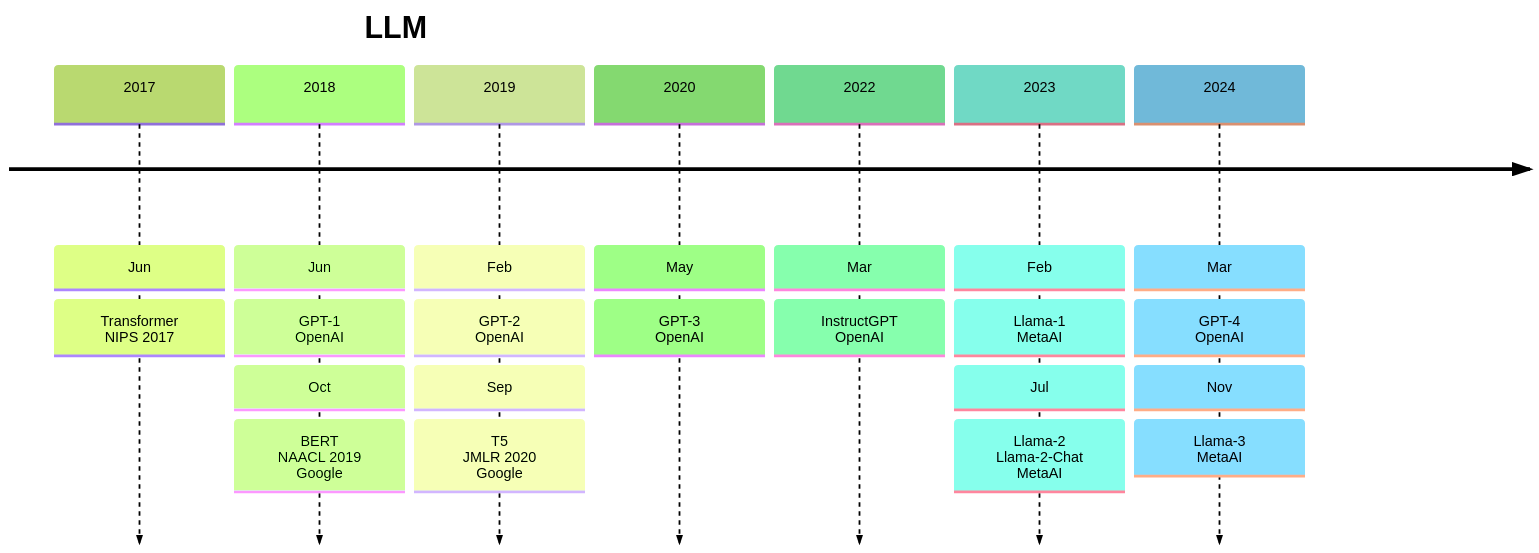
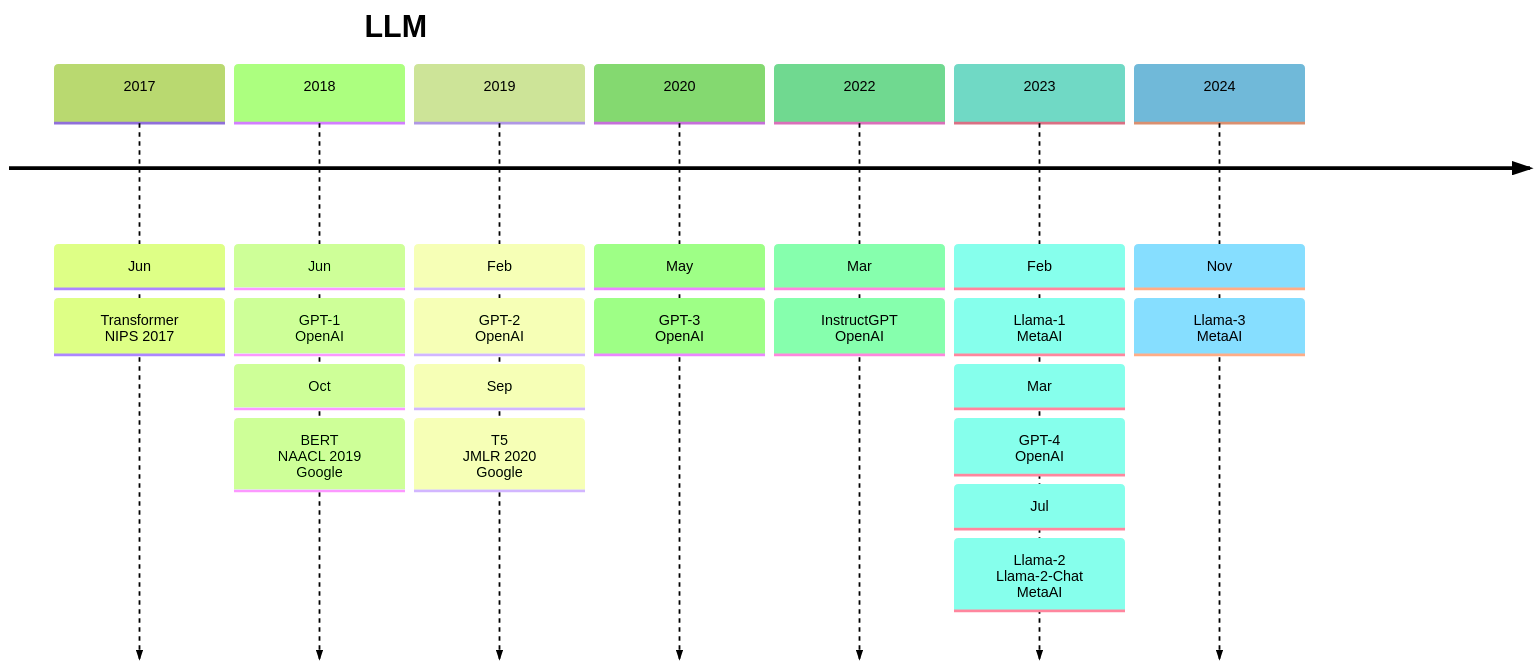
The first of 4 diagrams in Base_Model/LLM/analyse.md (Elephant-King9/Paper), drawn with Mermaid (forest theme) before and after one commit. The commit also changed other lines of this file and 6 other files, not shown here.

````diff
--- a/Base_Model/LLM/analyse.md
+++ b/Base_Model/LLM/analyse.md
@@ -5,26 +5,26 @@
 ```mermaid
 timeline
     title LLM
     2017 : Jun
     		 : Transformer<br>NIPS 2017
     2018 : Jun
     		 : GPT-1<br>OpenAI
     		 : Oct
     		 : BERT<br>NAACL 2019<br>Google
     2019 : Feb
     		 : GPT-2<br>OpenAI
     		 : Sep
     		 : T5<br>JMLR 2020<br>Google
     2020 : May
     		 : GPT-3<br>OpenAI
     2022 : Mar
     		 : InstructGPT<br>OpenAI
     2023 : Feb
     		 : Llama-1<br>MetaAI
+    		 : Mar
+    		 : GPT-4<br>OpenAI
     		 : Jul
     		 : Llama-2<br>Llama-2-Chat<br>MetaAI
-    2024 : Mar
-    		 : GPT-4<br>OpenAI
-    		 : Nov
+    2024 : Nov
     		 : Llama-3<br>MetaAI
 ```
````
